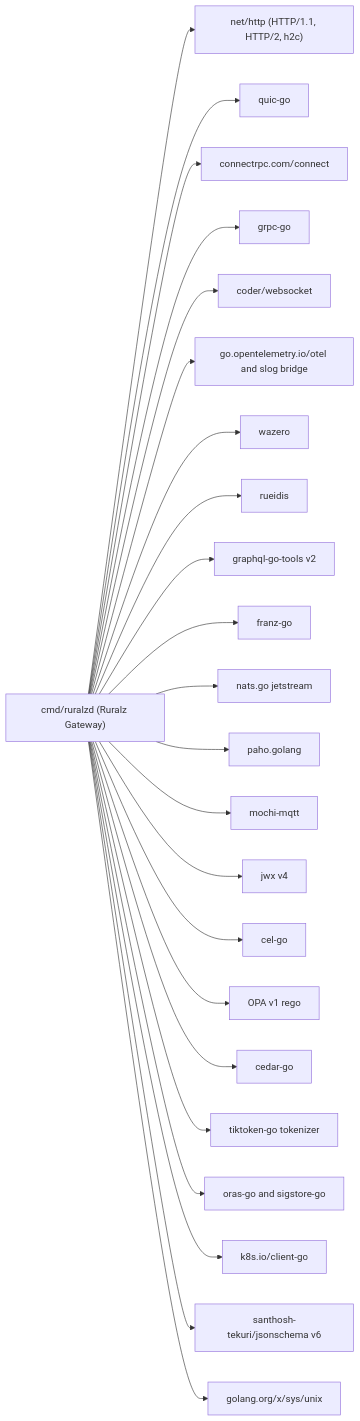
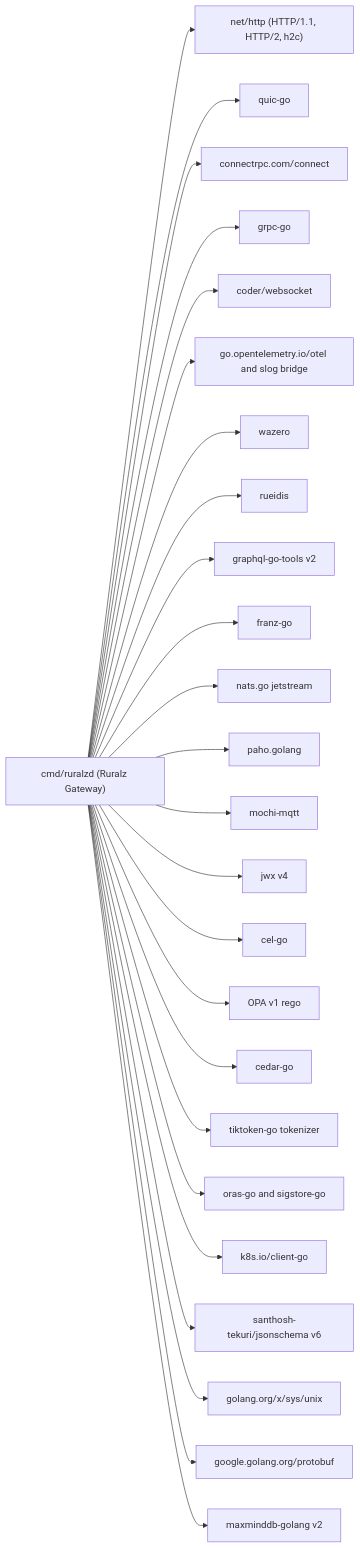
Before and after one commit to ravindu-rev/ruralz: the first of 3 diagrams in docs/engineering/01-tech-stack-and-libraries.md, drawn with Mermaid. The commit also changed other lines of this file and 7 other files, not shown here.

````diff
--- a/docs/engineering/01-tech-stack-and-libraries.md
+++ b/docs/engineering/01-tech-stack-and-libraries.md
@@ -108,48 +117,52 @@
 ```mermaid
 flowchart LR
   dp["cmd/ruralzd (Ruralz Gateway)"]
   http["net/http (HTTP/1.1, HTTP/2, h2c)"]
   quic["quic-go"]
   connect["connectrpc.com/connect"]
   grpc["grpc-go"]
   ws["coder/websocket"]
   otel["go.opentelemetry.io/otel and slog bridge"]
   wazero["wazero"]
   rueidis["rueidis"]
   gql["graphql-go-tools v2"]
   franz["franz-go"]
   nats["nats.go jetstream"]
   paho["paho.golang"]
   mochi["mochi-mqtt"]
   jwx["jwx v4"]
   cel["cel-go"]
   opa["OPA v1 rego"]
   cedar["cedar-go"]
   tik["tiktoken-go tokenizer"]
   oras["oras-go and sigstore-go"]
   k8s["k8s.io/client-go"]
   jss["santhosh-tekuri/jsonschema v6"]
   xsys["golang.org/x/sys/unix"]
+  pb["google.golang.org/protobuf"]
+  mmdb["maxminddb-golang v2"]
   dp --> http
   dp --> quic
   dp --> connect
   dp --> grpc
   dp --> ws
   dp --> otel
   dp --> wazero
   dp --> rueidis
   dp --> gql
   dp --> franz
   dp --> nats
   dp --> paho
   dp --> mochi
   dp --> jwx
   dp --> cel
   dp --> opa
   dp --> cedar
   dp --> tik
   dp --> oras
   dp --> k8s
   dp --> jss
   dp --> xsys
+  dp --> pb
+  dp --> mmdb
 ```
````
